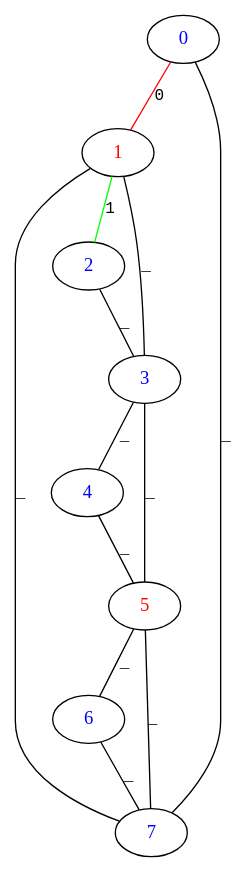
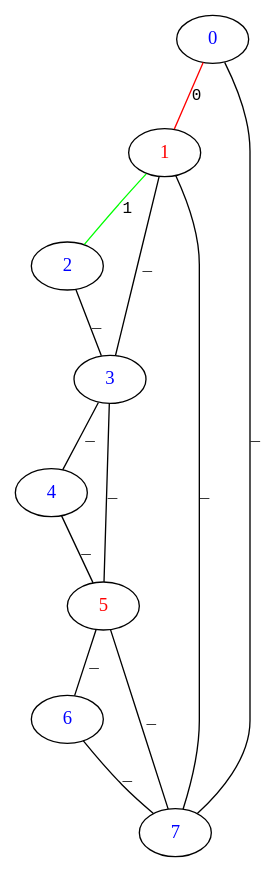
One commit to icfpc-dniwe/icfpc2017 changed the diagram in puntvis/puntvis/deploy/sample.txt-graphviz/2.dot. Above: the diagram before and after it, drawn with Graphviz. The commit also changed 58 other files, not shown here.

```diff
--- a/puntvis/puntvis/deploy/sample.txt-graphviz/2.dot
+++ b/puntvis/puntvis/deploy/sample.txt-graphviz/2.dot
@@ -1,22 +1,22 @@
 graph G {
-0 [fontcolor="#0000FFFF", label="4"];
-1 [fontcolor="#FF0000FF", label="1"];
-2 [fontcolor="#0000FFFF", label="3"];
-3 [fontcolor="#0000FFFF", label="6"];
-4 [fontcolor="#FF0000FF", label="5"];
-5 [fontcolor="#0000FFFF", label="0"];
-6 [fontcolor="#0000FFFF", label="7"];
-7 [fontcolor="#0000FFFF", label="2"];
-2 -- 0 [ label="_", fontname="Courier New",  fontsize=12];
-0 -- 4 [ label="_", fontname="Courier New",  fontsize=12];
-5 -- 1 [ color="#FF0000FF", label="0", fontname="Courier New",  fontsize=12];
-1 -- 2 [ label="_", fontname="Courier New",  fontsize=12];
-1 -- 6 [ label="_", fontname="Courier New",  fontsize=12];
-1 -- 7 [ color="#00FF00FF", label="1", fontname="Courier New",  fontsize=12];
-7 -- 2 [ label="_", fontname="Courier New",  fontsize=12];
-2 -- 4 [ label="_", fontname="Courier New",  fontsize=12];
-4 -- 3 [ label="_", fontname="Courier New",  fontsize=12];
-3 -- 6 [ label="_", fontname="Courier New",  fontsize=12];
-4 -- 6 [ label="_", fontname="Courier New",  fontsize=12];
-5 -- 6 [ label="_", fontname="Courier New",  fontsize=12];
+0 [fontcolor="#0000FFFF" label="0" pos="0,0!"];
+1 [fontcolor="#FF0000FF" label="1" pos="1,0!"];
+2 [fontcolor="#0000FFFF" label="2" pos="2,0!"];
+3 [fontcolor="#0000FFFF" label="3" pos="2,-1!"];
+4 [fontcolor="#0000FFFF" label="4" pos="2,-2!"];
+5 [fontcolor="#FF0000FF" label="5" pos="1,-2!"];
+6 [fontcolor="#0000FFFF" label="6" pos="0,-2!"];
+7 [fontcolor="#0000FFFF" label="7" pos="0,-1!"];
+3 -- 4 [fontname="Courier New" fontsize="12" label="_" color="#000000FF"];
+0 -- 1 [fontname="Courier New" fontsize="12" label="0" color="#FF0000FF"];
+2 -- 3 [fontname="Courier New" fontsize="12" label="_" color="#000000FF"];
+1 -- 3 [fontname="Courier New" fontsize="12" label="_" color="#000000FF"];
+5 -- 6 [fontname="Courier New" fontsize="12" label="_" color="#000000FF"];
+4 -- 5 [fontname="Courier New" fontsize="12" label="_" color="#000000FF"];
+3 -- 5 [fontname="Courier New" fontsize="12" label="_" color="#000000FF"];
+6 -- 7 [fontname="Courier New" fontsize="12" label="_" color="#000000FF"];
+5 -- 7 [fontname="Courier New" fontsize="12" label="_" color="#000000FF"];
+1 -- 7 [fontname="Courier New" fontsize="12" label="_" color="#000000FF"];
+0 -- 7 [fontname="Courier New" fontsize="12" label="_" color="#000000FF"];
+1 -- 2 [fontname="Courier New" fontsize="12" label="1" color="#00FF00FF"];
 }
```
